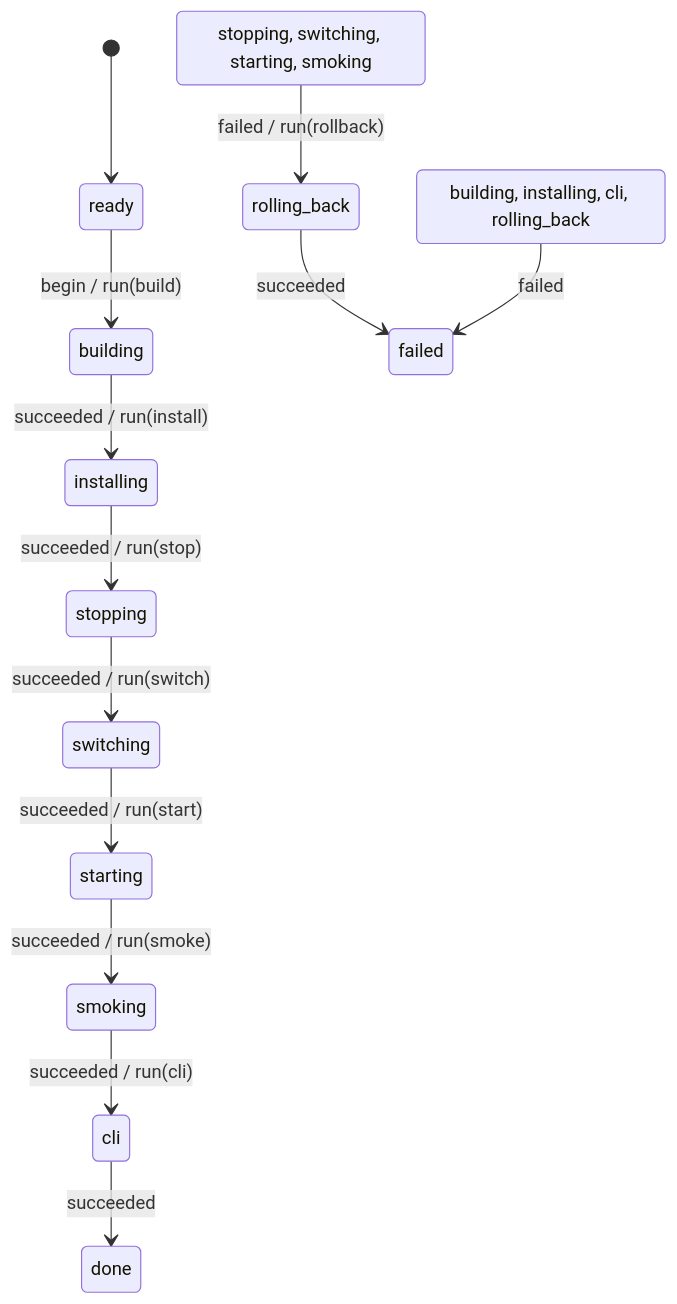
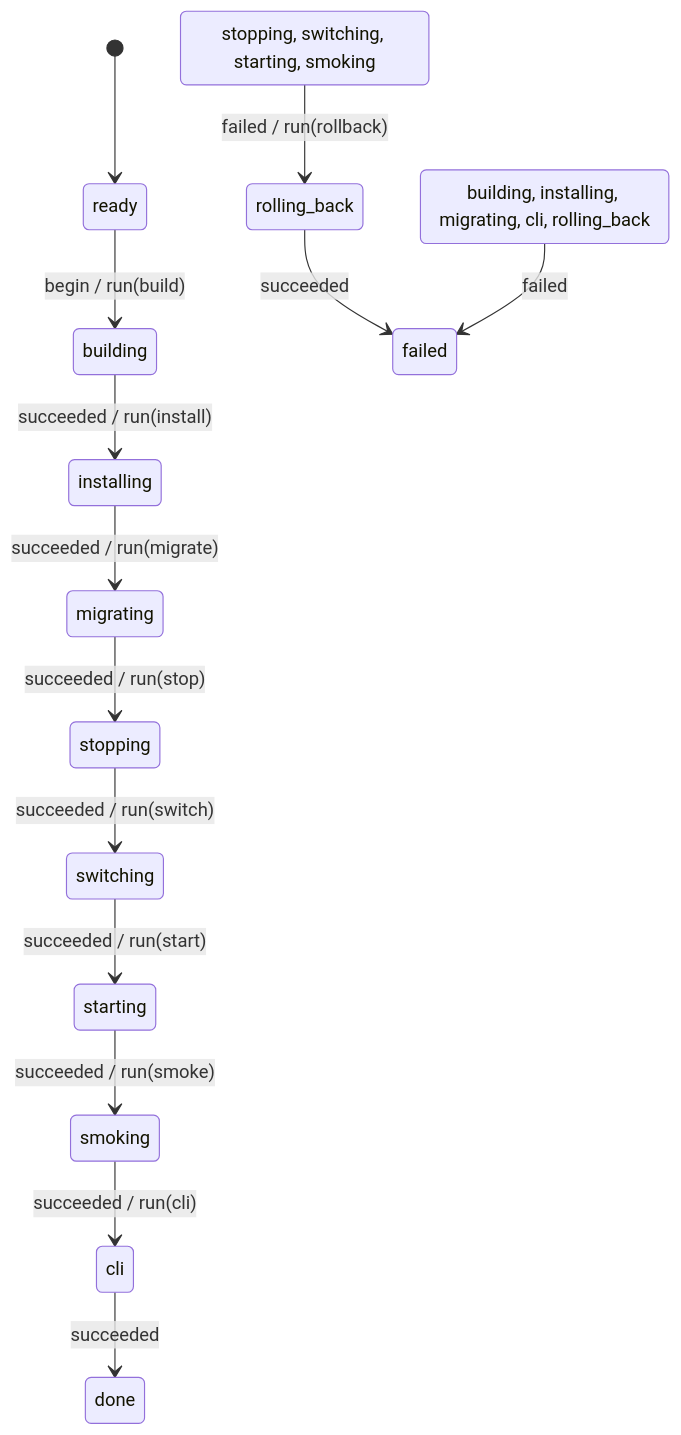
The diagram in docs/machines/deploy_lifecycle.md (rpmessner/foreman), drawn with Mermaid before and after one commit. The commit also changed other lines of this file and 9 other files, not shown here.

First line of the commit message:
feat(deploy): run pending migrations with the new release before switching (fm-i68)

````diff
--- a/docs/machines/deploy_lifecycle.md
+++ b/docs/machines/deploy_lifecycle.md
@@ -5,17 +5,18 @@
 ```mermaid
 stateDiagram-v2
     [*] --> ready
     ready --> building: begin / run(build)
     building --> installing: succeeded / run(install)
-    installing --> stopping: succeeded / run(stop)
+    installing --> migrating: succeeded / run(migrate)
+    migrating --> stopping: succeeded / run(stop)
     stopping --> switching: succeeded / run(switch)
     switching --> starting: succeeded / run(start)
     starting --> smoking: succeeded / run(smoke)
     smoking --> cli: succeeded / run(cli)
     cli --> done: succeeded
     rolling_back --> failed: succeeded
-    fsm_set_9 --> rolling_back: failed / run(rollback)
-    fsm_set_10 --> failed: failed
-    state "stopping, switching, starting, smoking" as fsm_set_9
-    state "building, installing, cli, rolling_back" as fsm_set_10
+    fsm_set_10 --> rolling_back: failed / run(rollback)
+    fsm_set_11 --> failed: failed
+    state "stopping, switching, starting, smoking" as fsm_set_10
+    state "building, installing, migrating, cli, rolling_back" as fsm_set_11
 ```
````
